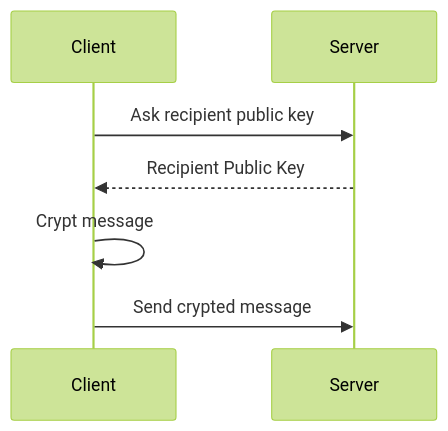
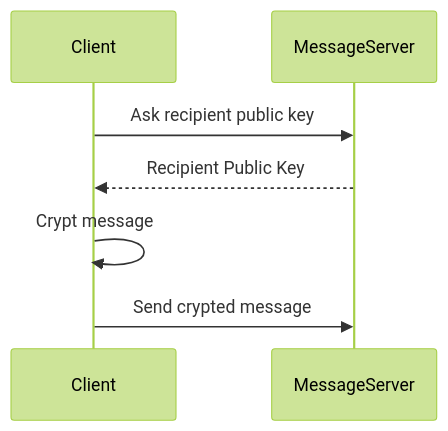
Before and after one commit to YR72dpi/SecuredWhisker: the third of 6 diagrams in README.md, drawn with Mermaid (forest theme). The commit also changed other lines of this file, not shown here.

````diff
--- a/README.md
+++ b/README.md
@@ -188,7 +187,7 @@
 ```mermaid
 sequenceDiagram
-    Client->>Server: Ask recipient public key
-    Server-->>Client: Recipient Public Key
+    Client->>MessageServer: Ask recipient public key
+    MessageServer-->>Client: Recipient Public Key
     Client->>Client: Crypt message
-    Client->>Server: Send crypted message
+    Client->>MessageServer: Send crypted message
 ```
````
